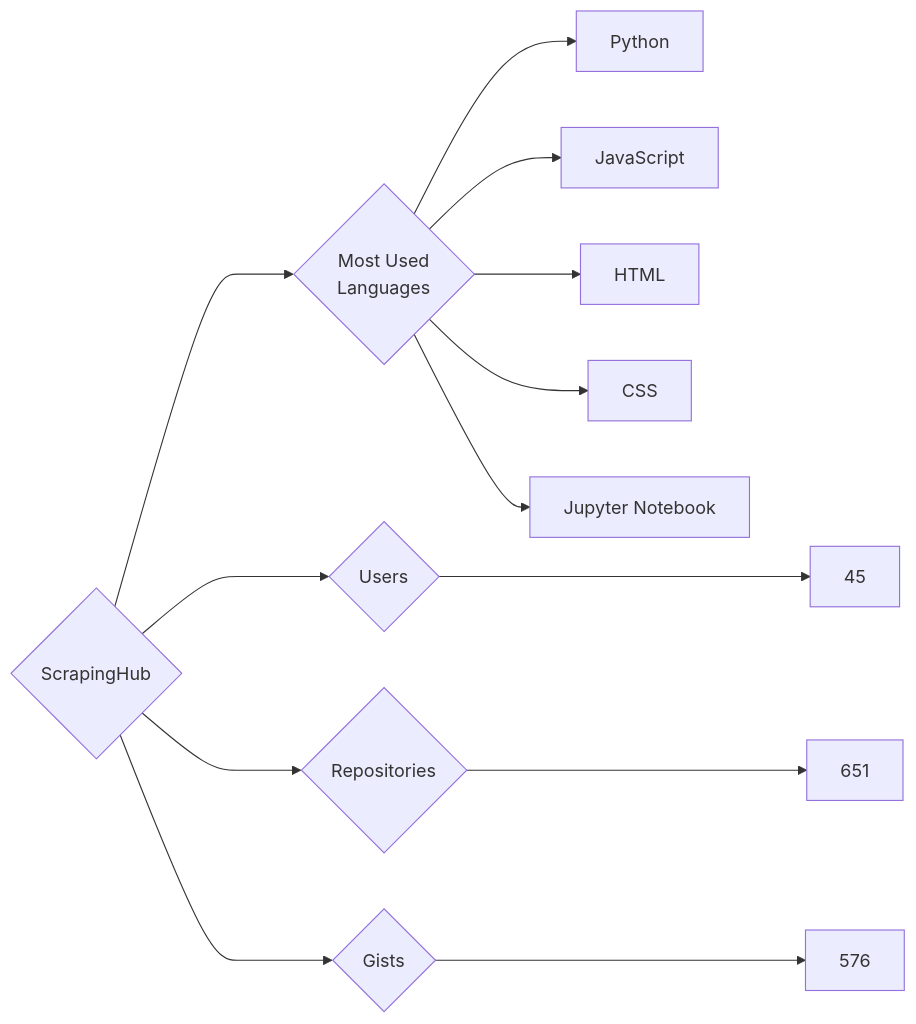
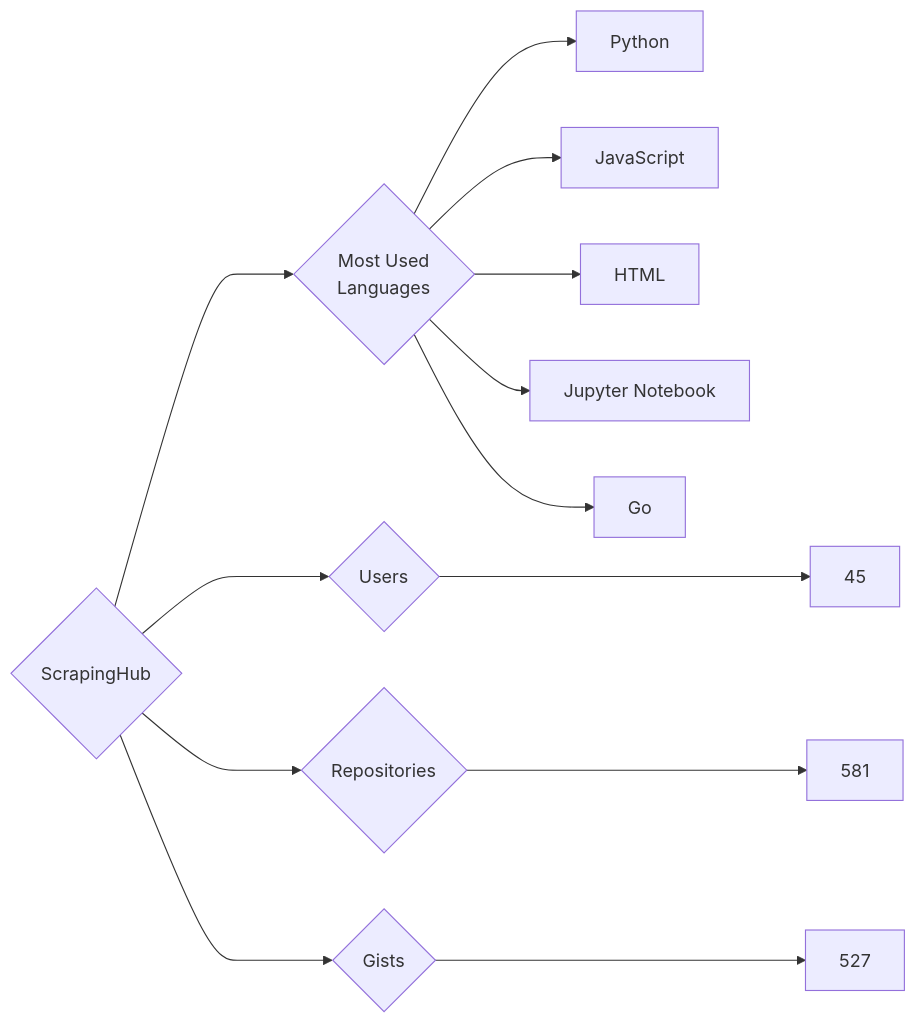
One commit to trickest/insiders changed the diagram in targets/ScrapingHub/README.md. Above: the diagram before and after it, drawn with Mermaid. The commit also changed 940 other files, not shown here.

````diff
--- a/targets/ScrapingHub/README.md
+++ b/targets/ScrapingHub/README.md
@@ -3,13 +3,13 @@
 ```mermaid
 graph LR
 COMPANY_NAME{ScrapingHub}
 COMPANY_NAME ---> U{Users} ---> UN[45]
-COMPANY_NAME ---> R{Repositories} ---> RN[651]
-COMPANY_NAME ---> G{Gists} ---> GN[576]
+COMPANY_NAME ---> R{Repositories} ---> RN[581]
+COMPANY_NAME ---> G{Gists} ---> GN[527]
 COMPANY_NAME ---> ML{Most Used<br>Languages}
 ML --> Python[Python]
 ML --> JavaScript[JavaScript]
 ML --> HTML[HTML]
-ML --> CSS[CSS]
 ML --> Jupyter_Notebook[Jupyter Notebook]
+ML --> Go[Go]
 ```
````
